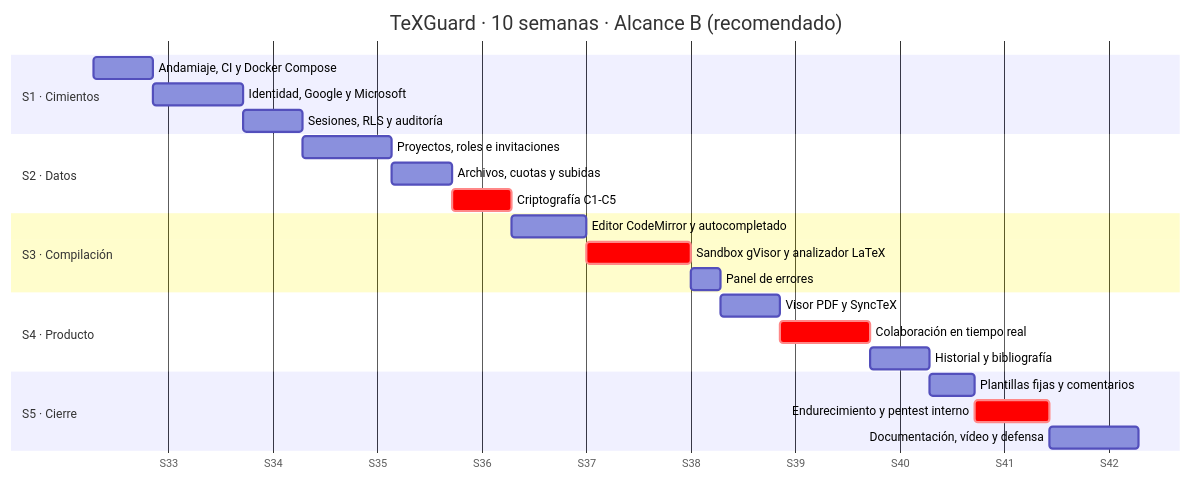
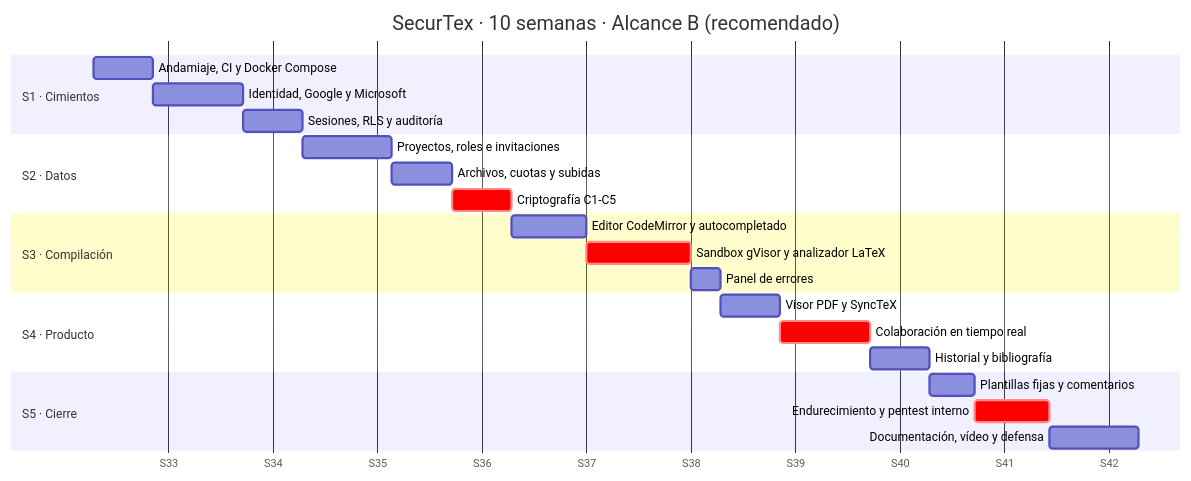
The diagram in docs/16-Priorizacion-y-Alcance.md (SecurTex-Devs/securetex), drawn with Mermaid before and after one commit. The commit also changed 25 other files, not shown here.

First line of the commit message:
refactor: renombra el producto de TeXGuard a SecurTex

````diff
--- a/docs/16-Priorizacion-y-Alcance.md
+++ b/docs/16-Priorizacion-y-Alcance.md
@@ -416,31 +416,31 @@
 ```mermaid
 gantt
-    title TeXGuard · 10 semanas · Alcance B (recomendado)
+    title SecurTex · 10 semanas · Alcance B (recomendado)
     dateFormat YYYY-MM-DD
     axisFormat S%W
 
     section S1 · Cimientos
     Andamiaje, CI y Docker Compose      :s1a, 2026-08-18, 4d
     Identidad, Google y Microsoft       :s1b, after s1a, 6d
     Sesiones, RLS y auditoría           :s1c, after s1b, 4d
 
     section S2 · Datos
     Proyectos, roles e invitaciones     :s2a, after s1c, 6d
     Archivos, cuotas y subidas          :s2b, after s2a, 4d
     Criptografía C1-C5                  :crit, s2c, after s2b, 4d
 
     section S3 · Compilación
     Editor CodeMirror y autocompletado  :s3a, after s2c, 5d
     Sandbox gVisor y analizador LaTeX   :crit, s3b, after s3a, 7d
     Panel de errores                    :s3c, after s3b, 2d
 
     section S4 · Producto
     Visor PDF y SyncTeX                 :s4a, after s3c, 4d
     Colaboración en tiempo real         :crit, s4b, after s4a, 6d
     Historial y bibliografía            :s4c, after s4b, 4d
 
     section S5 · Cierre
     Plantillas fijas y comentarios      :s5a, after s4c, 3d
     Endurecimiento y pentest interno    :crit, s5b, after s5a, 5d
     Documentación, vídeo y defensa      :s5c, after s5b, 6d
 ```
````
